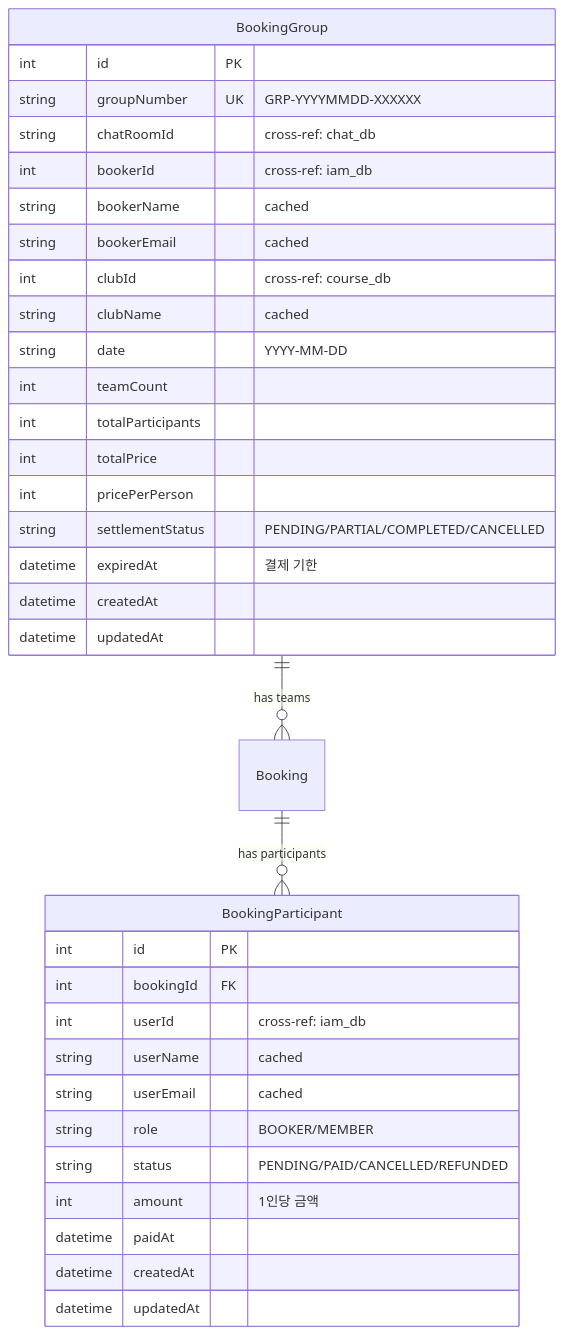
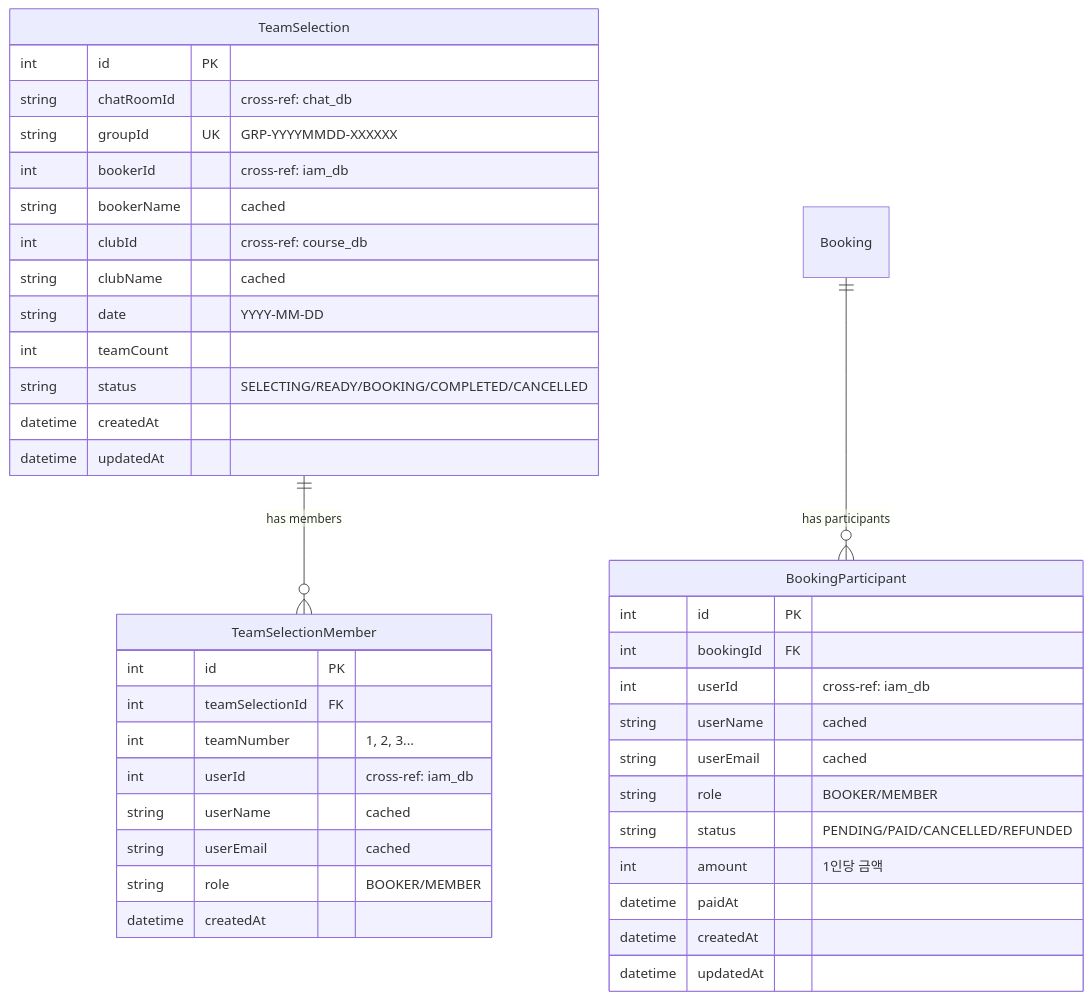
One commit to uniyous/parkgolf-platform changed diagram 19 of 28 in docs/architecture/DATABASE.md. Above: the diagram before and after it, drawn with Mermaid. The commit also changed other lines of this file and 17 other files, not shown here.

````diff
--- a/docs/architecture/DATABASE.md
+++ b/docs/architecture/DATABASE.md
@@ -958,39 +986,45 @@
 ```mermaid
 erDiagram
-    BookingGroup ||--o{ Booking : "has teams"
+    TeamSelection ||--o{ TeamSelectionMember : "has members"
     Booking ||--o{ BookingParticipant : "has participants"
 
-    BookingGroup {
+    TeamSelection {
         int id PK
-        string groupNumber UK "GRP-YYYYMMDD-XXXXXX"
         string chatRoomId "cross-ref: chat_db"
+        string groupId UK "GRP-YYYYMMDD-XXXXXX"
         int bookerId "cross-ref: iam_db"
         string bookerName "cached"
-        string bookerEmail "cached"
         int clubId "cross-ref: course_db"
         string clubName "cached"
         string date "YYYY-MM-DD"
         int teamCount
-        int totalParticipants
-        int totalPrice
-        int pricePerPerson
-        string settlementStatus "PENDING/PARTIAL/COMPLETED/CANCELLED"
-        datetime expiredAt "결제 기한"
+        string status "SELECTING/READY/BOOKING/COMPLETED/CANCELLED"
         datetime createdAt
         datetime updatedAt
+    }
+
+    TeamSelectionMember {
+        int id PK
+        int teamSelectionId FK
+        int teamNumber "1, 2, 3..."
+        int userId "cross-ref: iam_db"
+        string userName "cached"
+        string userEmail "cached"
+        string role "BOOKER/MEMBER"
+        datetime createdAt
     }
 
     BookingParticipant {
         int id PK
         int bookingId FK
         int userId "cross-ref: iam_db"
         string userName "cached"
         string userEmail "cached"
         string role "BOOKER/MEMBER"
         string status "PENDING/PAID/CANCELLED/REFUNDED"
         int amount "1인당 금액"
         datetime paidAt
         datetime createdAt
         datetime updatedAt
     }
 ```
````
